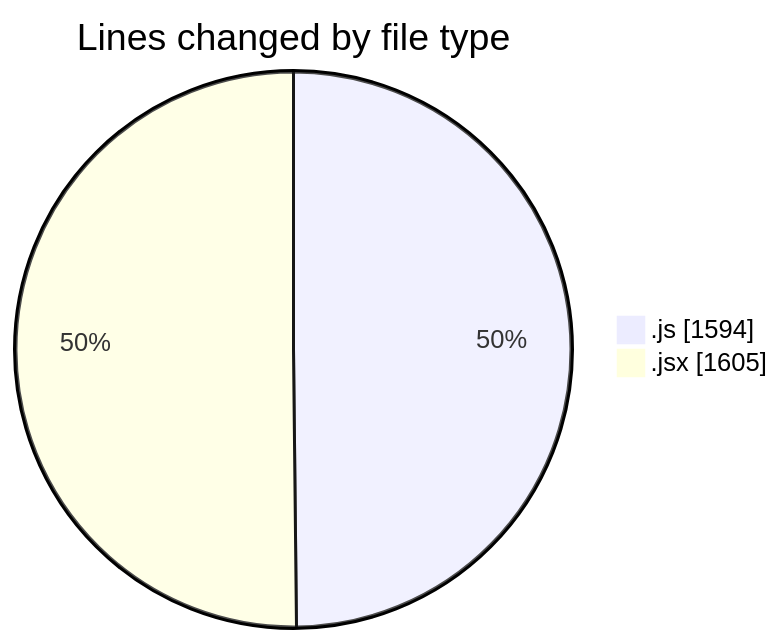
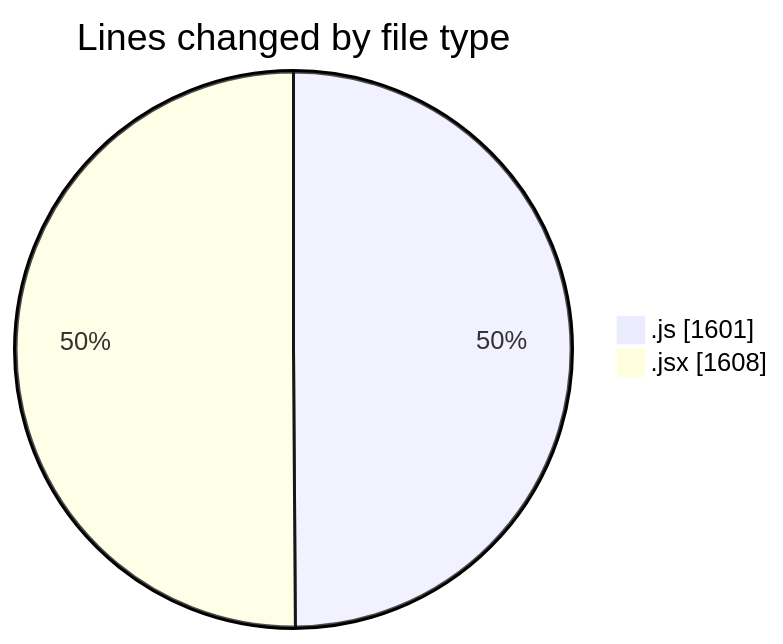
The first of 2 diagrams in 2025-09-18/nxtqube_webapp/README.md (nxtqubesakshisongat/code-tracking), drawn with Mermaid before and after one commit. The commit also changed other lines of this file and 1 other file, not shown here.

````diff
--- a/2025-09-18/nxtqube_webapp/README.md
+++ b/2025-09-18/nxtqube_webapp/README.md
@@ -26,6 +26,6 @@
 ```mermaid
 pie showData
 title Lines changed by file type
-".js" : 1594
-".jsx" : 1605
+".js" : 1601
+".jsx" : 1608
 ```
````
